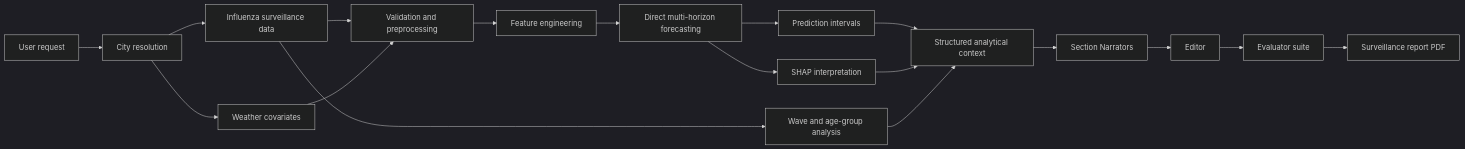
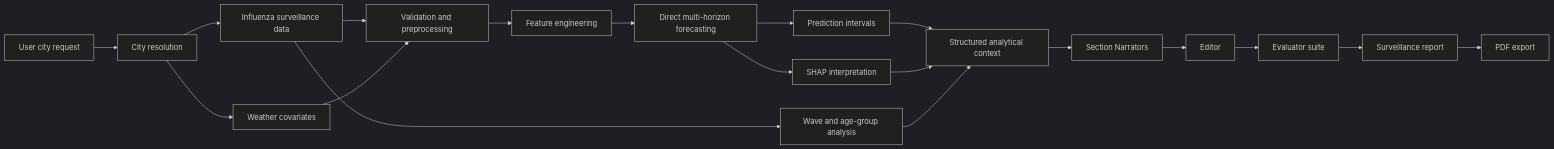
The diagram in README.md (Mudrodum/Multiagent-DSS-evaluation), drawn with Mermaid (dark theme) before and after one commit. The commit also changed other lines of this file, not shown here.

````diff
--- a/README.md
+++ b/README.md
@@ -50,20 +77,21 @@
 ```mermaid
 flowchart LR
-    A[User request] --> B[City resolution]
+    A[User city request] --> B[City resolution]
     B --> C[Influenza surveillance data]
     B --> D[Weather covariates]
     C --> E[Validation and preprocessing]
     D --> E
     E --> F[Feature engineering]
     F --> G[Direct multi-horizon forecasting]
     G --> H[Prediction intervals]
     G --> I[SHAP interpretation]
     C --> J[Wave and age-group analysis]
     H --> K[Structured analytical context]
     I --> K
     J --> K
     K --> L[Section Narrators]
     L --> M[Editor]
     M --> N[Evaluator suite]
-    N --> O[Surveillance report PDF]
+    N --> O[Surveillance report]
+    O --> P[PDF export]
 ```
````
